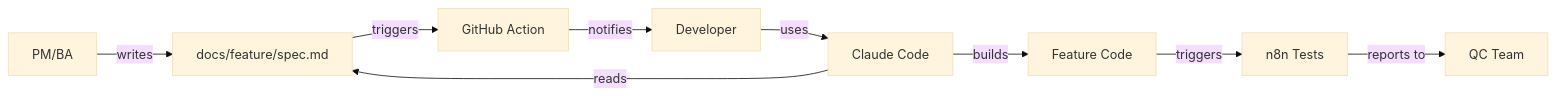
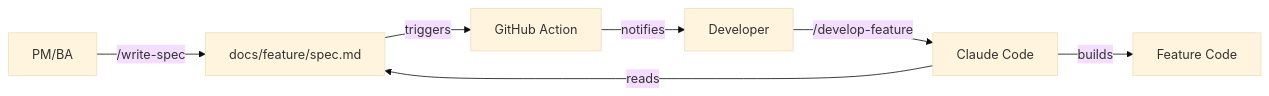
The diagram in docs-site/docs/intro.md (quochuydev/workflow), drawn with Mermaid (base theme) before and after one commit. The commit also changed other lines of this file and 17 other files, not shown here.

First line of the commit message:
feat: add /write-spec command for PM/BA

````diff
--- a/docs-site/docs/intro.md
+++ b/docs-site/docs/intro.md
@@ -13,11 +21,9 @@
 ```mermaid
 flowchart LR
-    PM[PM/BA] -->|writes| Docs[docs/feature/spec.md]
+    PM[PM/BA] -->|/write-spec| Docs[docs/feature/spec.md]
     Docs -->|triggers| GHA[GitHub Action]
     GHA -->|notifies| Dev[Developer]
-    Dev -->|uses| Claude[Claude Code]
+    Dev -->|/develop-feature| Claude[Claude Code]
     Claude -->|reads| Docs
     Claude -->|builds| Code[Feature Code]
-    Code -->|triggers| N8N[n8n Tests]
-    N8N -->|reports to| QC[QC Team]
 ```
````
